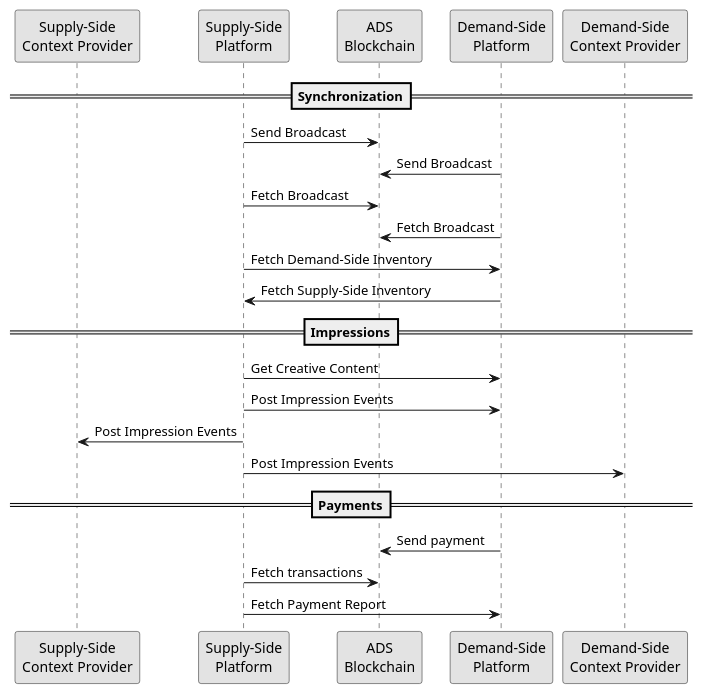
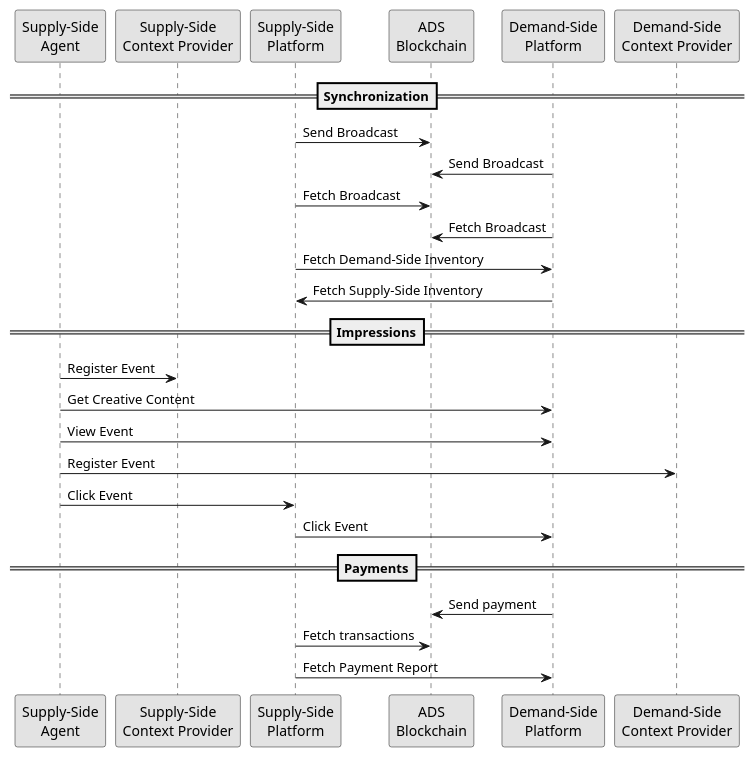
Before and after one commit to adshares/adshares-docs: the diagram in protocol/index.rst, drawn with PlantUML. The commit also changed other lines of this file and 6 other files, not shown here.

```diff
--- a/protocol/index.rst
+++ b/protocol/index.rst
@@ -20,32 +20,35 @@
 .. uml::
     :align: center
 
     skinparam monochrome true
 
+    participant "Supply-Side\nAgent"              as SSA
     participant "Supply-Side\nContext Provider"   as SSCP
     participant "Supply-Side\nPlatform"           as SSP
     participant "ADS\nBlockchain"                 as blockchain
     participant "Demand-Side\nPlatform"           as DSP
     participant "Demand-Side\nContext Provider"   as DSCP
     
     ==Synchronization==
 
     SSP -> blockchain: Send Broadcast
     DSP -> blockchain: Send Broadcast
     SSP -> blockchain: Fetch Broadcast
     DSP -> blockchain: Fetch Broadcast
     SSP -> DSP: Fetch Demand-Side Inventory
     DSP -> SSP: Fetch Supply-Side Inventory
 
     ==Impressions==
 
-    SSP -> DSP: Get Creative Content
-    SSP -> DSP: Post Impression Events
-    SSP -> SSCP: Post Impression Events
-    SSP -> DSCP: Post Impression Events
+    SSA -> SSCP: Register Event
+    SSA -> DSP: Get Creative Content
+    SSA -> DSP: View Event
+    SSA -> DSCP: Register Event
+    SSA -> SSP: Click Event
+    SSP -> DSP: Click Event
 
     ==Payments==
 
     DSP -> blockchain: Send payment
     SSP -> blockchain: Fetch transactions
     SSP -> DSP: Fetch Payment Report
```
